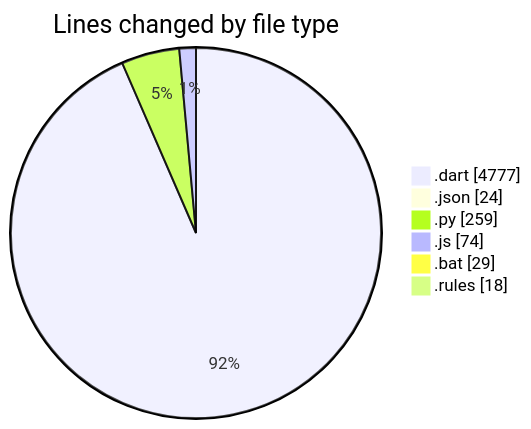
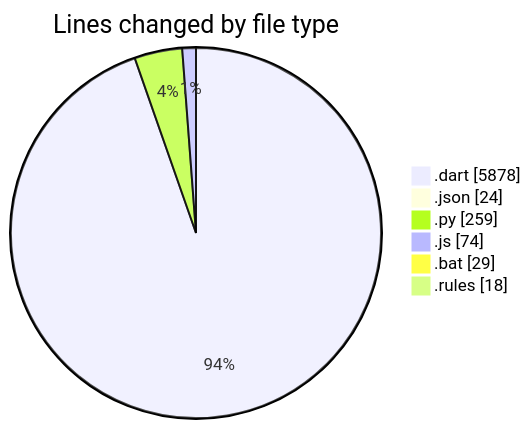
Before and after one commit to lephambinh05/code-tracking: the first of 2 diagrams in 2025-08-04/studybuddy/README.md, drawn with Mermaid. The commit also changed other lines of this file and 1 other file, not shown here.

````diff
--- a/2025-08-04/studybuddy/README.md
+++ b/2025-08-04/studybuddy/README.md
@@ -52,10 +52,10 @@
 ```mermaid
 pie showData
 title Lines changed by file type
-".dart" : 4777
+".dart" : 5878
 ".json" : 24
 ".py" : 259
 ".js" : 74
 ".bat" : 29
 ".rules" : 18
 ```
````
